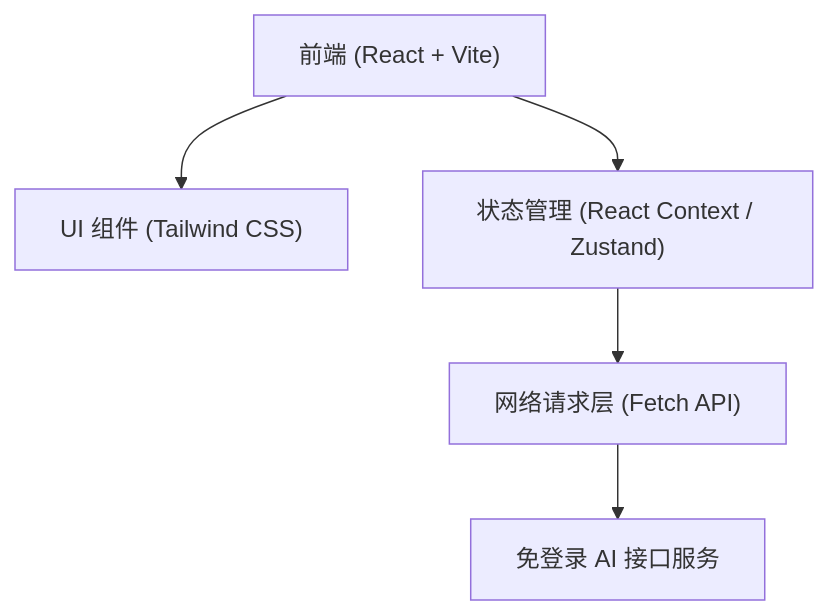
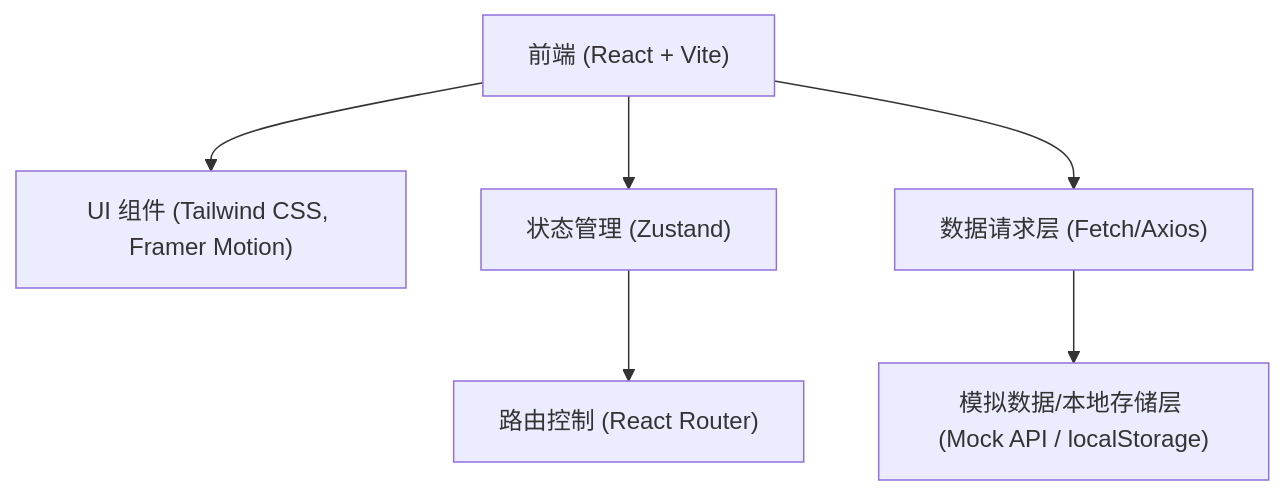
The first of 2 diagrams in .trae/documents/architecture.md (liuxinhaoboy/AI), drawn with Mermaid before and after one commit. The commit also changed other lines of this file and 35 other files, not shown here.

````diff
--- a/.trae/documents/architecture.md
+++ b/.trae/documents/architecture.md
@@ -3,7 +3,8 @@
 ```mermaid
 graph TD
-    A["前端 (React + Vite)"] --> B["UI 组件 (Tailwind CSS)"]
-    A --> C["状态管理 (React Context / Zustand)"]
-    C --> D["网络请求层 (Fetch API)"]
-    D --> E["免登录 AI 接口服务"]
+    A["前端 (React + Vite)"] --> B["UI 组件 (Tailwind CSS, Framer Motion)"]
+    A --> C["状态管理 (Zustand)"]
+    C --> D["路由控制 (React Router)"]
+    A --> E["数据请求层 (Fetch/Axios)"]
+    E --> F["模拟数据/本地存储层 (Mock API / localStorage)"]
 ```
````
